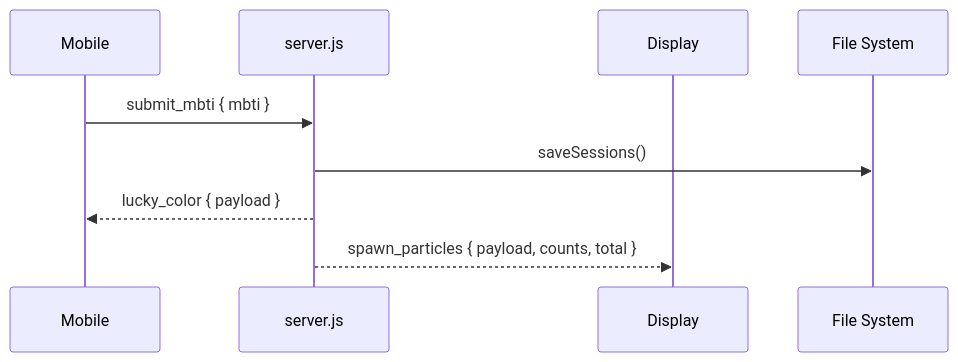
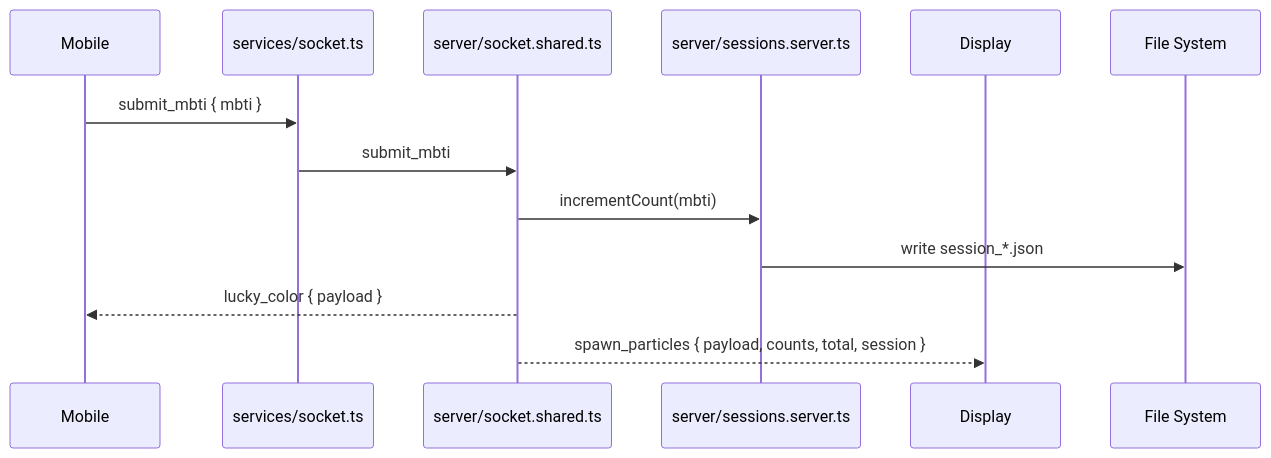
Diagram 11 of 12 in devnotes/ARCHITECTURE.md (snowfallsout/colorfield), drawn with Mermaid before and after one commit. The commit also changed other lines of this file and 1 other file, not shown here.

````diff
--- a/devnotes/ARCHITECTURE.md
+++ b/devnotes/ARCHITECTURE.md
@@ -596,12 +920,16 @@
 ```mermaid
 sequenceDiagram
   participant Mobile as Mobile
-  participant Server as server.js
+  participant Socket as services/socket.ts
+  participant Server as server/socket.shared.ts
+  participant Sessions as server/sessions.server.ts
   participant Display as Display
   participant FS as File System
 
-  Mobile->>Server: submit_mbti { mbti }
-  Server->>FS: saveSessions()
+  Mobile->>Socket: submit_mbti { mbti }
+  Socket->>Server: submit_mbti
+  Server->>Sessions: incrementCount(mbti)
+  Sessions->>FS: write session_*.json
   Server-->>Mobile: lucky_color { payload }
-  Server-->>Display: spawn_particles { payload, counts, total }
+  Server-->>Display: spawn_particles { payload, counts, total, session }
 ```
````
